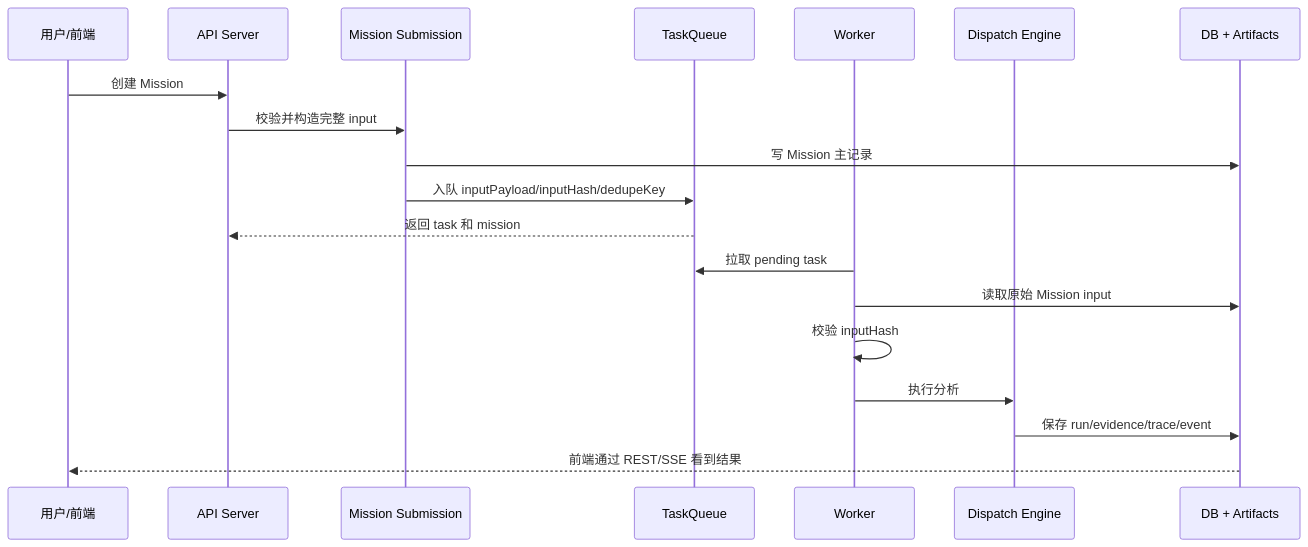
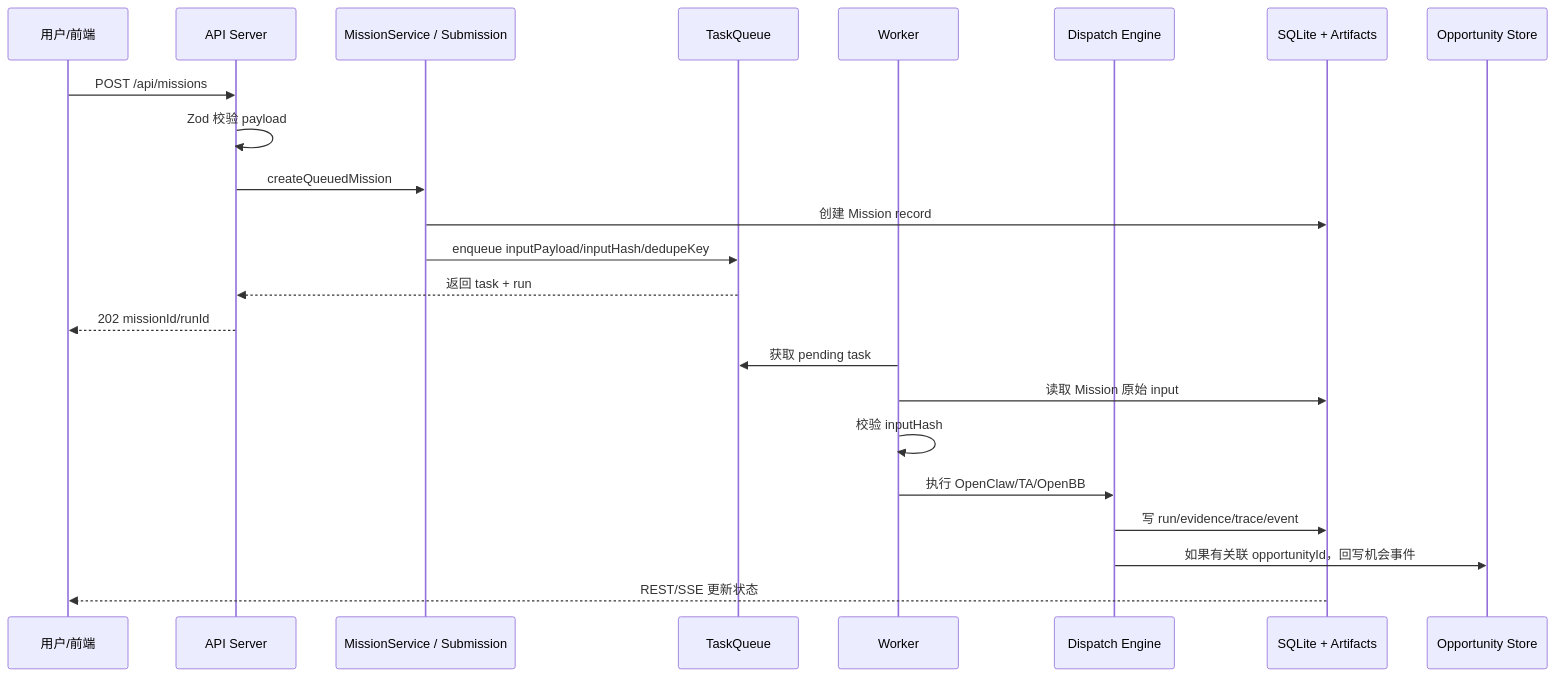
The second of 6 diagrams in README.md (adidasNMD/AIAnalysisStock), drawn with Mermaid before and after one commit. The commit also changed other lines of this file and 64 other files, not shown here.

````diff
--- a/README.md
+++ b/README.md
@@ -316,22 +340,26 @@
 ```mermaid
 sequenceDiagram
-  participant User as 用户/前端
+  participant UI as 用户/前端
   participant API as API Server
-  participant Submit as Mission Submission
+  participant Service as MissionService / Submission
   participant Queue as TaskQueue
   participant Worker as Worker
   participant Dispatch as Dispatch Engine
-  participant Store as DB + Artifacts
+  participant Store as SQLite + Artifacts
+  participant Opp as Opportunity Store
 
-  User->>API: 创建 Mission
-  API->>Submit: 校验并构造完整 input
-  Submit->>Store: 写 Mission 主记录
-  Submit->>Queue: 入队 inputPayload/inputHash/dedupeKey
-  Queue-->>API: 返回 task 和 mission
-  Worker->>Queue: 拉取 pending task
-  Worker->>Store: 读取原始 Mission input
+  UI->>API: POST /api/missions
+  API->>API: Zod 校验 payload
+  API->>Service: createQueuedMission
+  Service->>Store: 创建 Mission record
+  Service->>Queue: enqueue inputPayload/inputHash/dedupeKey
+  Queue-->>API: 返回 task + run
+  API-->>UI: 202 missionId/runId
+  Worker->>Queue: 获取 pending task
+  Worker->>Store: 读取 Mission 原始 input
   Worker->>Worker: 校验 inputHash
-  Worker->>Dispatch: 执行分析
-  Dispatch->>Store: 保存 run/evidence/trace/event
-  Store-->>User: 前端通过 REST/SSE 看到结果
+  Worker->>Dispatch: 执行 OpenClaw/TA/OpenBB
+  Dispatch->>Store: 写 run/evidence/trace/event
+  Dispatch->>Opp: 如果有关联 opportunityId，回写机会事件
+  Store-->>UI: REST/SSE 更新状态
 ```
````
